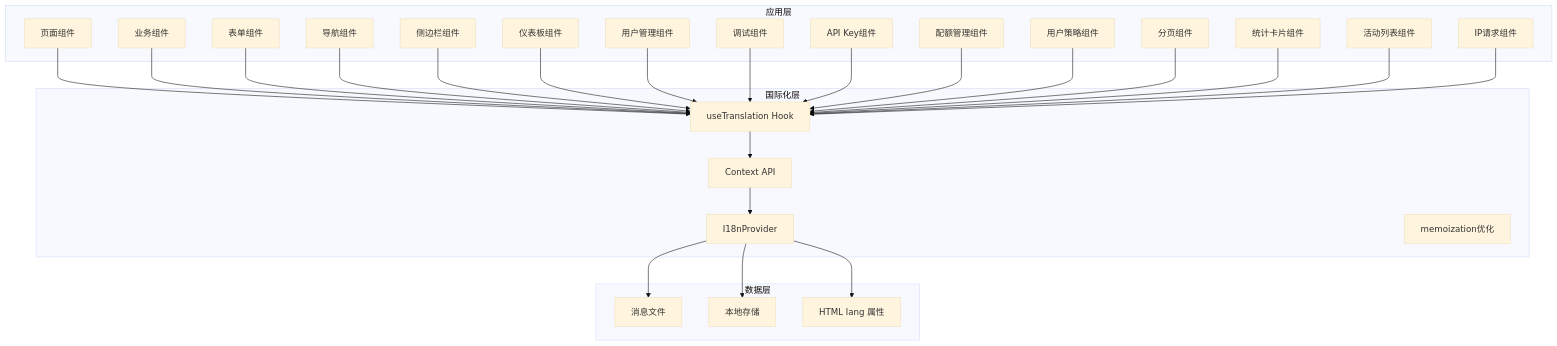
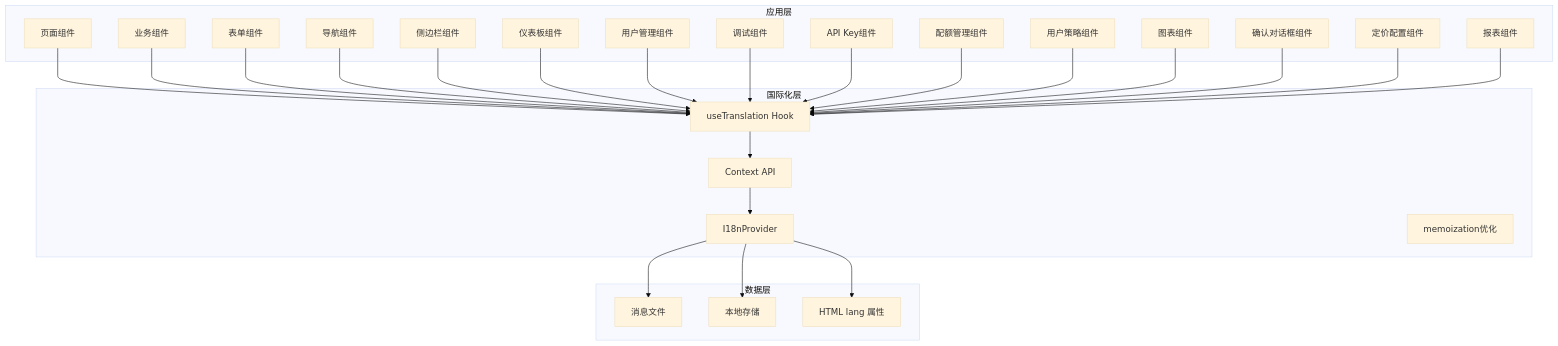
Before and after one commit to RadiumAg/AIGate: the second of 6 diagrams in .qoder/repowiki/zh/content/开发指南/国际化系统.md, drawn with Mermaid (base theme). The commit also changed other lines of this file and 21 other files, not shown here.

````diff
--- a/.qoder/repowiki/zh/content/开发指南/国际化系统.md
+++ b/.qoder/repowiki/zh/content/开发指南/国际化系统.md
@@ -200,51 +216,51 @@
 ```mermaid
 graph TD
 subgraph "应用层"
 A[页面组件]
 B[业务组件]
 C[表单组件]
 D[导航组件]
 E[侧边栏组件]
 F[仪表板组件]
 G[用户管理组件]
 H[调试组件]
 I[API Key组件]
 J[配额管理组件]
 K[用户策略组件]
-L[分页组件]
-M[统计卡片组件]
-N[活动列表组件]
-O[IP请求组件]
+L[图表组件]
+M[确认对话框组件]
+N[定价配置组件]
+O[报表组件]
 end
 subgraph "国际化层"
 P[I18nProvider]
 Q[useTranslation Hook]
 R[Context API]
 S[memoization优化]
 end
 subgraph "数据层"
 T[消息文件]
 U[本地存储]
 V[HTML lang 属性]
 end
 A --> Q
 B --> Q
 C --> Q
 D --> Q
 E --> Q
 F --> Q
 G --> Q
 H --> Q
 I --> Q
 J --> Q
 K --> Q
 L --> Q
 M --> Q
 N --> Q
 O --> Q
 Q --> R
 R --> P
 P --> T
 P --> U
 P --> V
 ```
````
